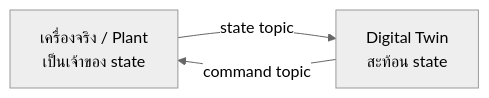
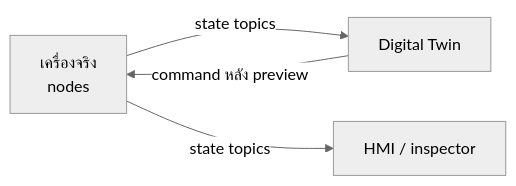
One commit to Taopoon/kmutt-nd69-learning-notes changed the seventh of 7 diagrams in nd3/02-ros-concepts-digital-twin.md. Above: the diagram before and after it, drawn with Mermaid (neutral theme). The commit also changed other lines of this file, not shown here.

````diff
--- a/nd3/02-ros-concepts-digital-twin.md
+++ b/nd3/02-ros-concepts-digital-twin.md
@@ -47,5 +276,6 @@
 ```mermaid
 flowchart LR
-    PLANT[เครื่องจริง / Plant<br/>เป็นเจ้าของ state] -->|state topic| TWIN[Digital Twin<br/>สะท้อน state]
-    TWIN -->|command topic| PLANT
+    M[เครื่องจริง<br/>nodes] -->|state topics| T[Digital Twin]
+    T -->|command หลัง preview| M
+    M -->|state topics| HMI[HMI / inspector]
 ```
````
